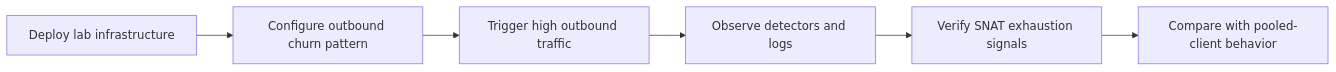
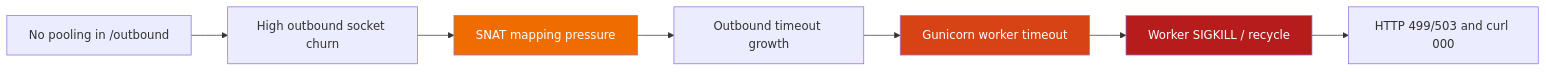
The fourth of 5 diagrams in docs/troubleshooting/lab-guides/snat-exhaustion.md (yeongseon/azure-app-service-practical-guide), drawn with Mermaid before and after one commit. The commit also changed other lines of this file and 327 other files, not shown here.

````diff
--- a/docs/troubleshooting/lab-guides/snat-exhaustion.md
+++ b/docs/troubleshooting/lab-guides/snat-exhaustion.md
@@ -5,8 +189,13 @@
 ```mermaid
-graph LR
-    A[Deploy lab infrastructure] --> B[Configure outbound churn pattern]
-    B --> C[Trigger high outbound traffic]
-    C --> D[Observe detectors and logs]
-    D --> E[Verify SNAT exhaustion signals]
-    E --> F[Compare with pooled-client behavior]
+flowchart LR
+    A[No pooling in /outbound] --> B[High outbound socket churn]
+    B --> C[SNAT mapping pressure]
+    C --> D[Outbound timeout growth]
+    D --> E[Gunicorn worker timeout]
+    E --> F[Worker SIGKILL / recycle]
+    F --> G[HTTP 499/503 and curl 000]
+
+    style C fill:#ef6c00,color:#fff
+    style E fill:#d84315,color:#fff
+    style F fill:#b71c1c,color:#fff
 ```
````
